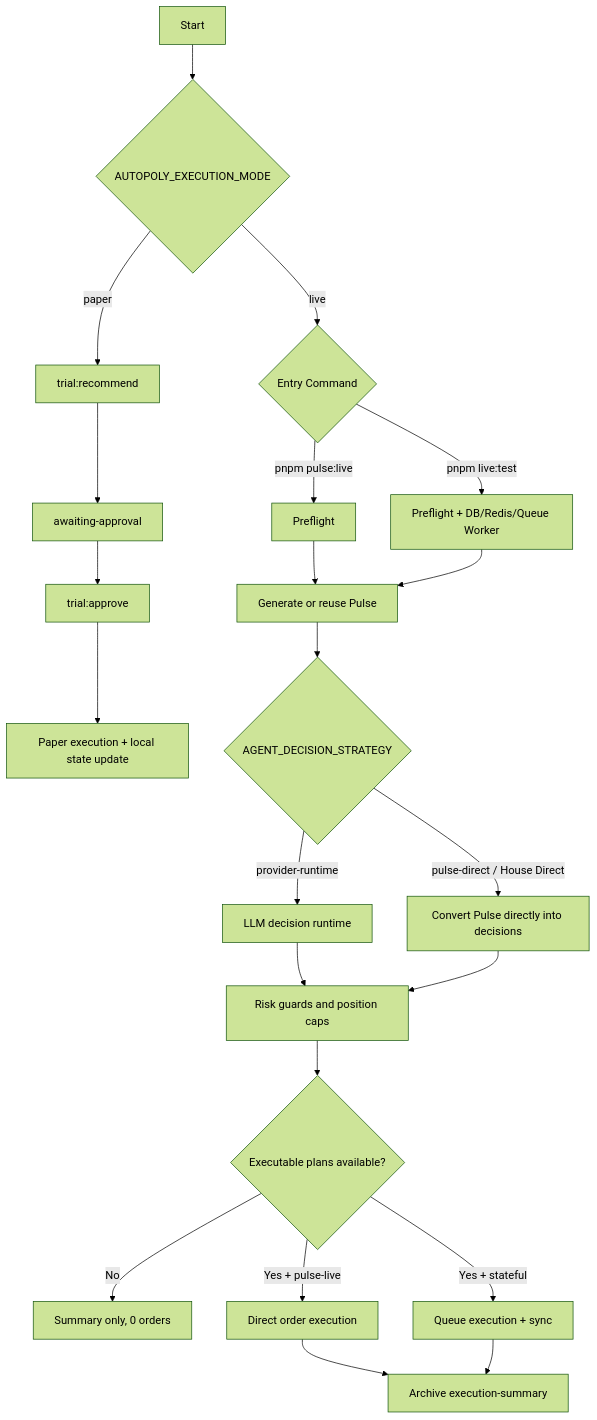
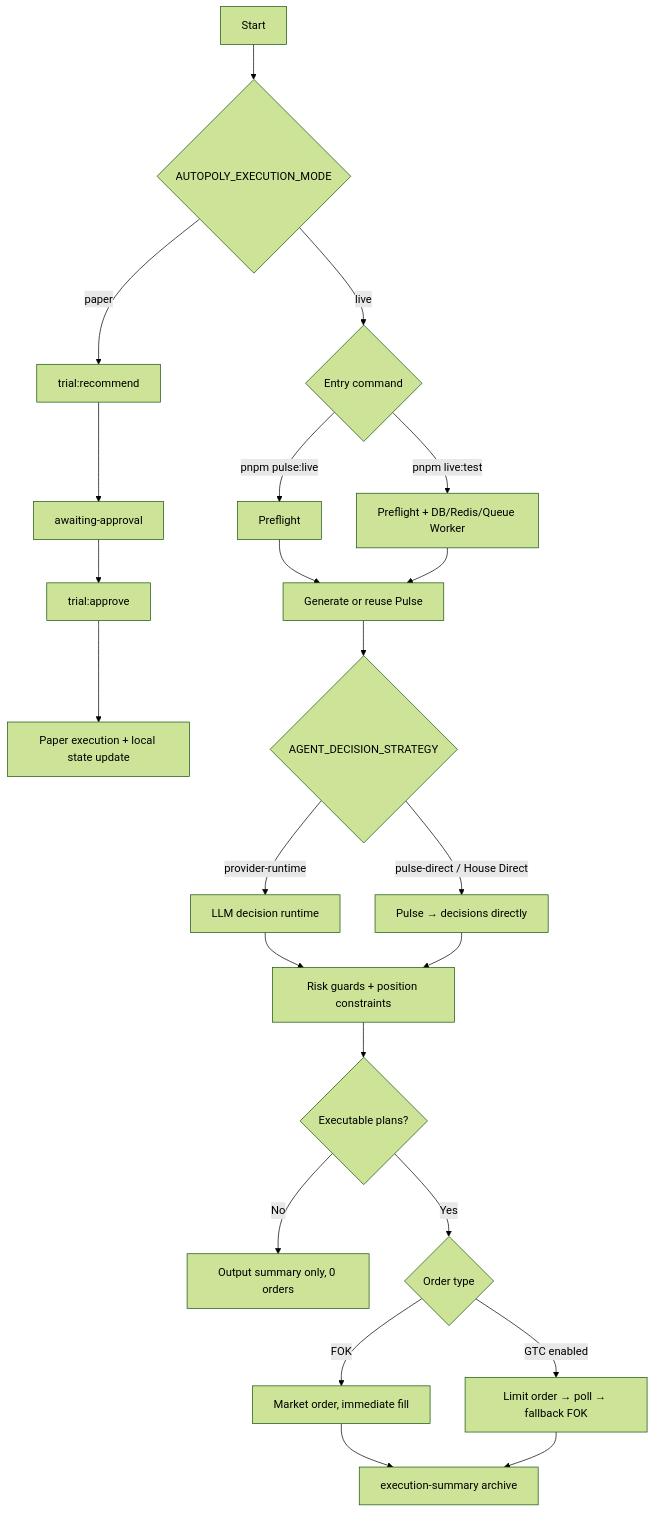
The first of 2 diagrams in Illustration/trading-modes-flowchart.en.md (Alchemist-X/hourglass), drawn with Mermaid (forest theme) before and after one commit. The commit also changed other lines of this file and 1 other file, not shown here.

Commit message:
docs: update trading modes flowchart with GTC/FOK and pulse-direct stages

````diff
--- a/Illustration/trading-modes-flowchart.en.md
+++ b/Illustration/trading-modes-flowchart.en.md
@@ -3,31 +3,31 @@
 ```mermaid
 flowchart TD
   A[Start] --> B{AUTOPOLY_EXECUTION_MODE}
 
   B -->|paper| C[trial:recommend]
   C --> D[awaiting-approval]
   D --> E[trial:approve]
   E --> F[Paper execution + local state update]
 
-  B -->|live| G{Entry Command}
+  B -->|live| G{Entry command}
   G -->|pnpm pulse:live| H[Preflight]
   G -->|pnpm live:test| I[Preflight + DB/Redis/Queue Worker]
 
   H --> J[Generate or reuse Pulse]
   I --> J
 
   J --> K{AGENT_DECISION_STRATEGY}
   K -->|provider-runtime| L[LLM decision runtime]
-  K -->|pulse-direct / House Direct| M[Convert Pulse directly into decisions]
+  K -->|pulse-direct / House Direct| M[Pulse → decisions directly]
 
-  L --> N[Risk guards and position caps]
+  L --> N[Risk guards + position constraints]
   M --> N
 
-  N --> O{Executable plans available?}
-  O -->|No| P[Summary only, 0 orders]
-  O -->|Yes + pulse-live| Q[Direct order execution]
-  O -->|Yes + stateful| R[Queue execution + sync]
-
-  Q --> S[Archive execution-summary]
-  R --> S
+  N --> O{Executable plans?}
+  O -->|No| P[Output summary only, 0 orders]
+  O -->|Yes| Q{Order type}
+  Q -->|FOK| R[Market order, immediate fill]
+  Q -->|GTC enabled| S[Limit order → poll → fallback FOK]
+  R --> T[execution-summary archive]
+  S --> T
 ```
````
